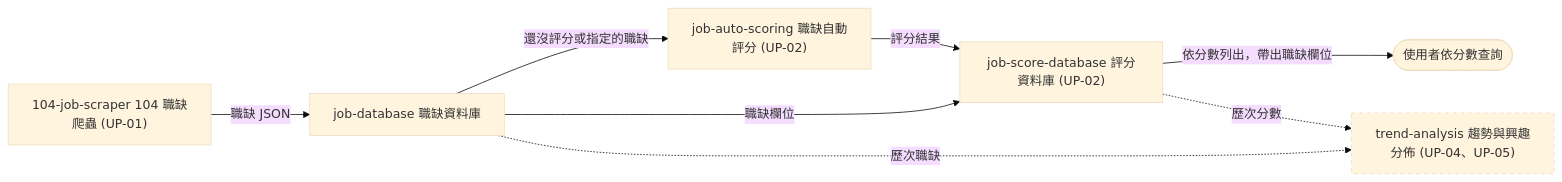
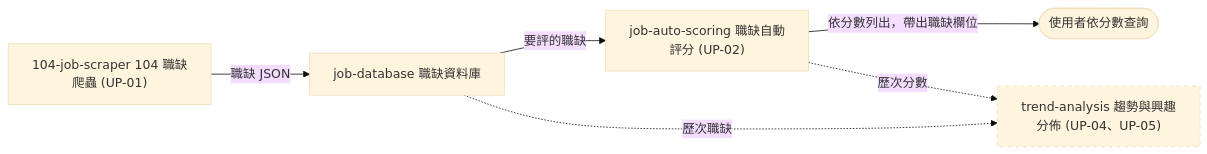
Before and after one commit to dlhdb/job-matching: the first of 2 diagrams in docs/product/overview.md, drawn with Mermaid (base theme). The commit also changed other lines of this file and 12 other files, not shown here.

First line of the commit message:
docs: job-score-database 併進 job-auto-scoring 並改寫成網頁版

````diff
--- a/docs/product/overview.md
+++ b/docs/product/overview.md
@@ -61,13 +61,11 @@
 ```mermaid
 flowchart LR
     scraper["104-job-scraper 104 職缺爬蟲 (UP-01)"] -->|職缺 JSON| db["job-database 職缺資料庫"]
-    db -->|還沒評分或指定的職缺| scoring["job-auto-scoring 職缺自動評分 (UP-02)"]
-    scoring -->|評分結果| scoredb["job-score-database 評分資料庫 (UP-02)"]
-    scoredb -->|依分數列出，帶出職缺欄位| U2(["使用者依分數查詢"])
-    db -->|職缺欄位| scoredb
+    db -->|要評的職缺| scoring["job-auto-scoring 職缺自動評分 (UP-02)"]
+    scoring -->|依分數列出，帶出職缺欄位| U2(["使用者依分數查詢"])
     db -.->|歷次職缺| trend["trend-analysis 趨勢與興趣分佈 (UP-04、UP-05)"]
-    scoredb -.->|歷次分數| trend
+    scoring -.->|歷次分數| trend
 
     classDef planned stroke-dasharray: 5 5
     class trend planned
 ```
````
